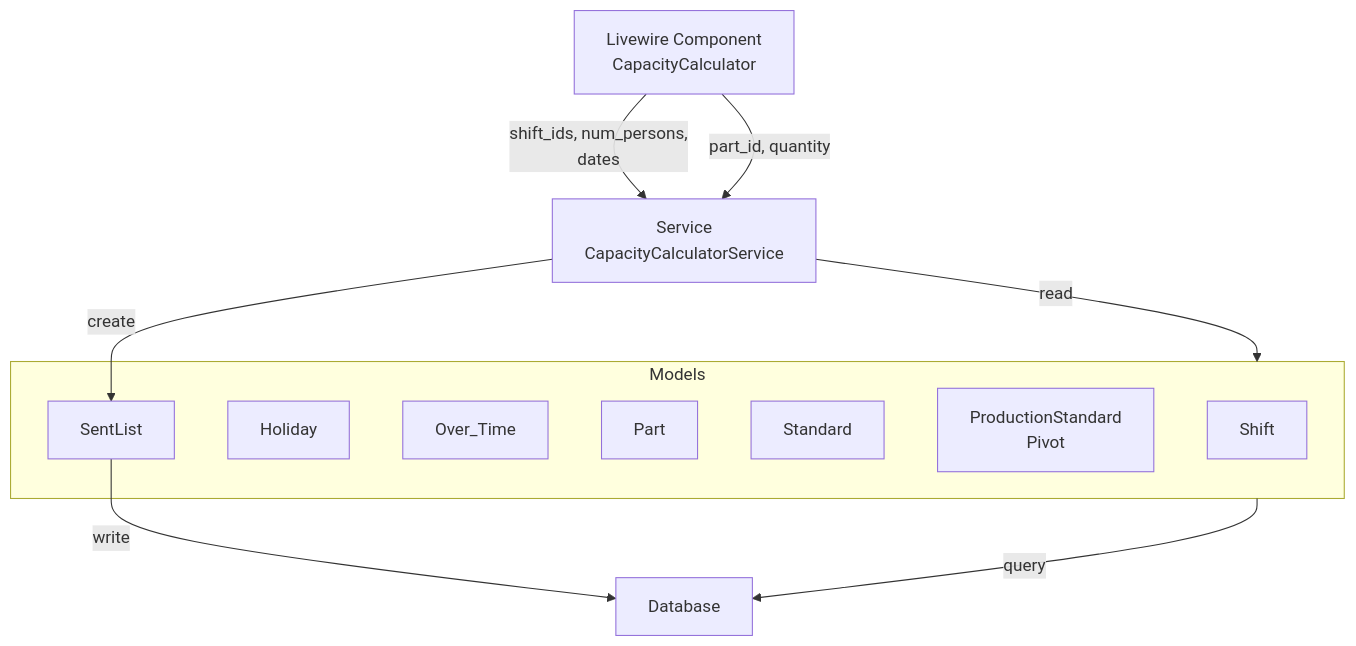
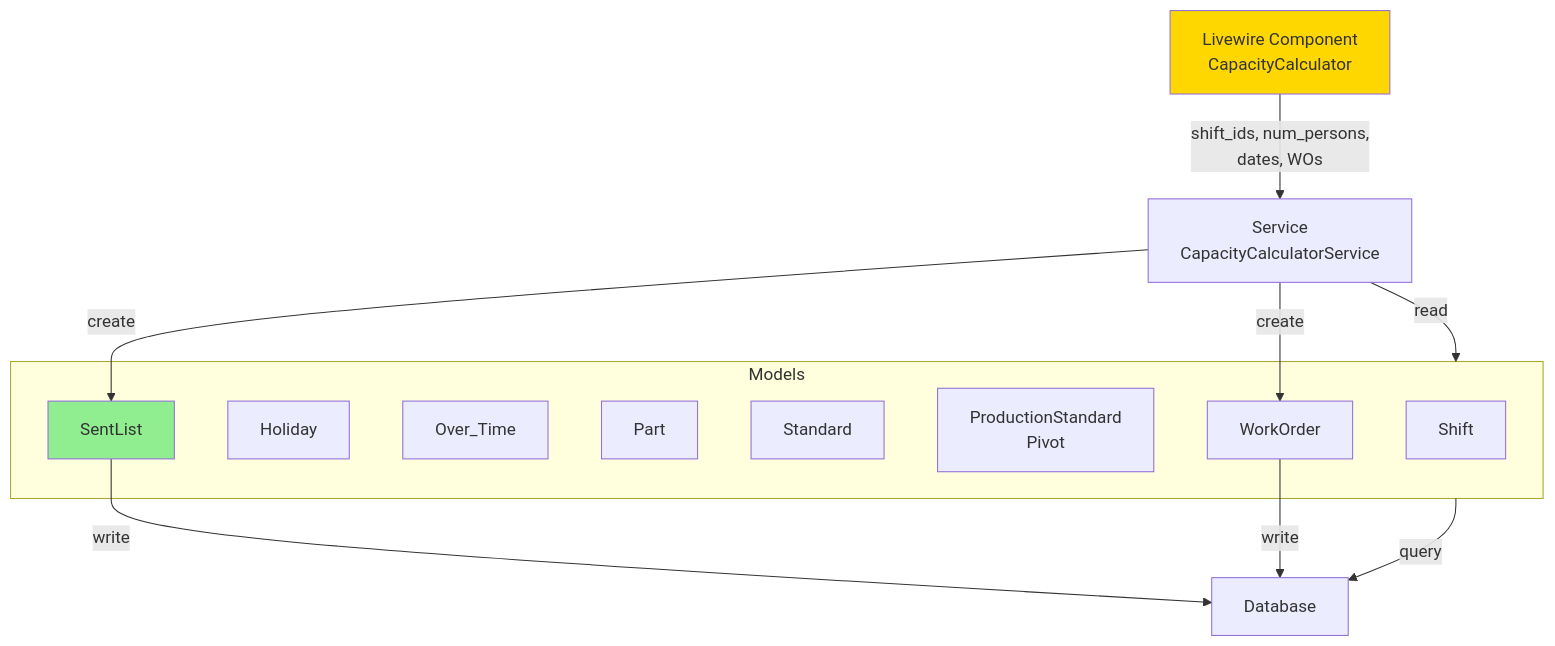
One commit to laravel/livewire-starter-kit changed the first of 3 diagrams in Diagramas_flujo/Estructura/specs/09_production_capacity_calculator_implementation_analysis.md. Above: the diagram before and after it, drawn with Mermaid. The commit also changed other lines of this file and 27 other files, not shown here.

````diff
--- a/Diagramas_flujo/Estructura/specs/09_production_capacity_calculator_implementation_analysis.md
+++ b/Diagramas_flujo/Estructura/specs/09_production_capacity_calculator_implementation_analysis.md
@@ -527,25 +702,31 @@
 ```mermaid
 graph TB
     UI["Livewire Component<br/>CapacityCalculator"]
     Service["Service<br/>CapacityCalculatorService"]
     Models["Models Layer"]
     DB["Database"]
 
-    UI -->|"shift_ids, num_persons,<br/>dates"| Service
-    UI -->|"part_id, quantity"| Service
+    UI -->|"shift_ids, num_persons,<br/>dates, WOs"| Service
     Service -->|"read"| Models
     Models -->|"query"| DB
 
     subgraph Models
         Shift["Shift"]
         Holiday["Holiday"]
         OverTime["Over_Time"]
         Part["Part"]
         Standard["Standard"]
         ProdStd["ProductionStandard<br/>Pivot"]
         SentList["SentList"]
+        WorkOrder["WorkOrder"]
     end
 
     Service -->|"create"| SentList
+    Service -->|"create"| WorkOrder
+
     SentList -->|"write"| DB
+    WorkOrder -->|"write"| DB
+
+    style SentList fill:#90EE90
+    style UI fill:#FFD700
 ```
````
